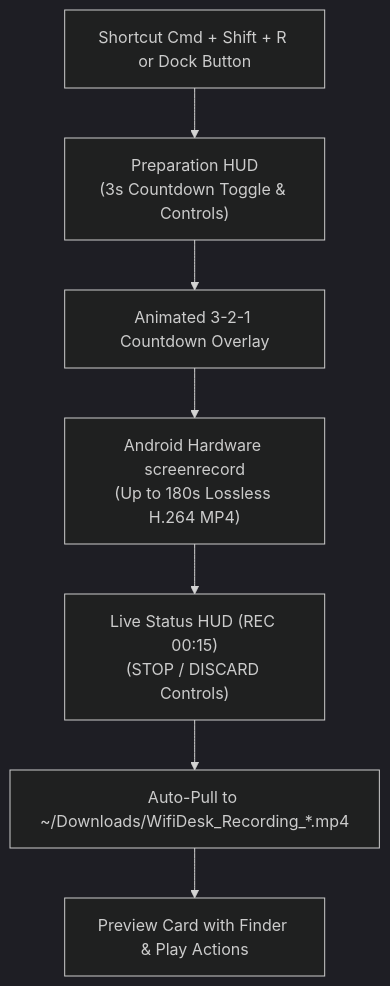
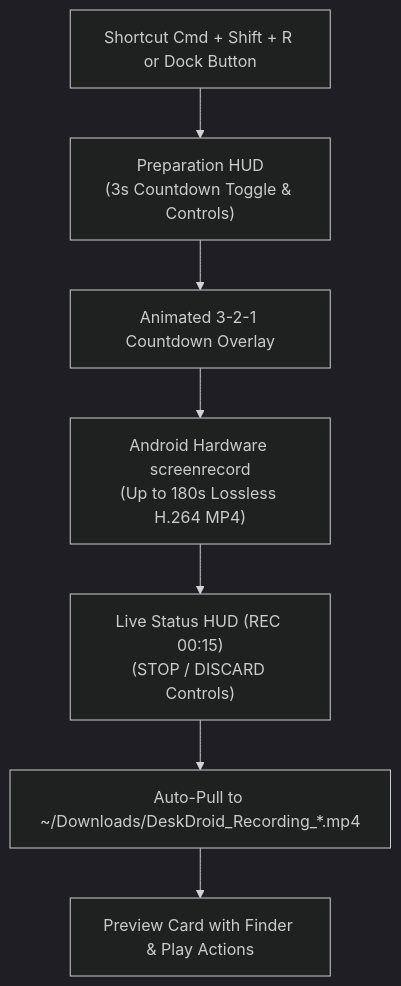
One commit to az-coder-123/azdroid changed the diagram in docs/features/hardware-screen-recording.md. Above: the diagram before and after it, drawn with Mermaid (dark theme). The commit also changed other lines of this file and 319 other files, not shown here.

Commit message:
refactor(branding): rename project from WifiDesk to DeskDroid across package, macOS config, and documentation

````diff
--- a/docs/features/hardware-screen-recording.md
+++ b/docs/features/hardware-screen-recording.md
@@ -14,9 +14,9 @@
 ```mermaid
 flowchart TD
     Trigger["Shortcut Cmd + Shift + R or Dock Button"] --> Prep["Preparation HUD\n(3s Countdown Toggle & Controls)"]
     Prep --> Countdown["Animated 3-2-1 Countdown Overlay"]
     Countdown --> Record["Android Hardware screenrecord\n(Up to 180s Lossless H.264 MP4)"]
     Record --> HUD["Live Status HUD (REC 00:15)\n(STOP / DISCARD Controls)"]
-    HUD --> Pull["Auto-Pull to ~/Downloads/WifiDesk_Recording_*.mp4"]
+    HUD --> Pull["Auto-Pull to ~/Downloads/DeskDroid_Recording_*.mp4"]
     Pull --> Complete["Preview Card with Finder & Play Actions"]
 ```
````
